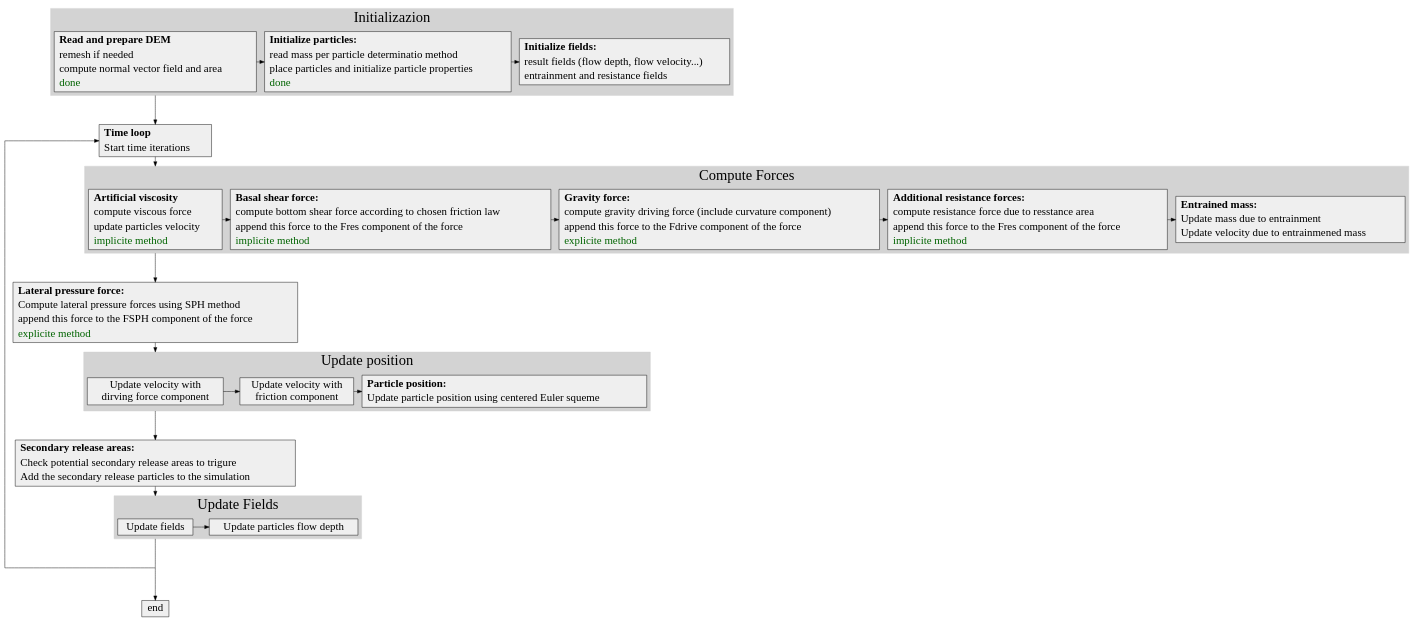
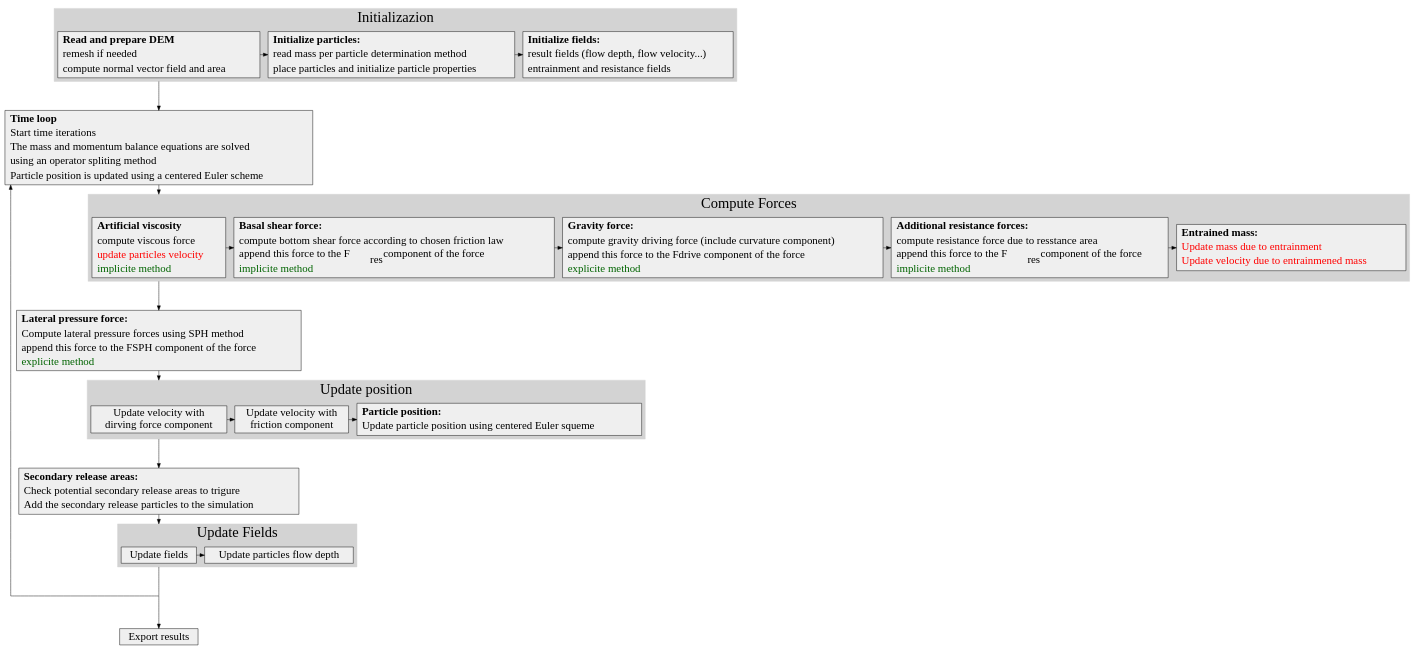
One commit to avaframe/AvaFrame changed the diagram in docs/com1DFAAlgorithmGraph.dot. Above: the diagram before and after it, drawn with Graphviz.

Commit message:
trying links

```diff
--- a/docs/com1DFAAlgorithmGraph.dot
+++ b/docs/com1DFAAlgorithmGraph.dot
@@ -1,160 +1,161 @@
 
 digraph "com1DFA algorithm graph" {
   /* compound=true; */
   newrank=true;
   size="100,100";
   rankdir="TB";
   graph [compound=true, ranksep=1, splines=ortho, fontname="Verdana", fontsize="32"];
   node [shape=box, style=filled, fontsize=24 fontname="Verdana" fillcolor="#efefef"];
   edge [fontname="Sans", fontsize="18"];
 
   prepareMesh [label=<
    <table border="0" cellborder="0" cellspacing="1">
-     <tr><td align="left" href="../_autosummary/com1DFAPy.com1DFA.initializeMesh.html#com1DFAPy.com1DFA.initializeMesh" title="initializeMesh function" target="_blank"><b>Read and prepare DEM</b></td></tr>
-     <tr><td align="left" href="../_autosummary/in3Utils.geoTrans.remeshDEM.html#in3Utils.geoTrans.remeshDEM" title="remesh function" target="_blank">remesh if needed</td></tr>
-     <tr><td align="left" href="../DFAnumerics.html#mesh" title="compute normals and area" target="_blank">compute normal vector field and area</td></tr>
-     <tr><td align="left"><font color="darkgreen">done</font></td></tr>
-   </table>>];
+     <tr><td align="left"><b>Read and prepare DEM</b></td></tr>
+     <tr><td align="left">remesh if needed</td></tr>
+     <tr><td align="left" >compute normal vector field and area</td></tr>
+    </table>>, href="../com1DFAAlgorithm.html#read-and-prepare-dem" tooltip="Go to: Read and prepare DEM" target="_blank"];
 
   initializeParticles [label=<
     <table border="0" cellborder="0" cellspacing="1">
      <tr><td align="left"><b>Initialize particles:</b></td></tr>
-     <tr><td align="left">read mass per particle determinatio method</td></tr>
+     <tr><td align="left">read mass per particle determination method</td></tr>
      <tr><td align="left">place particles and initialize particle properties</td></tr>
-     <tr><td align="left"><font color="darkgreen">done</font></td></tr>
     </table>>];
 
   initializeFields [label=<
     <table border="0" cellborder="0" cellspacing="1">
      <tr><td align="left"><b>Initialize fields:</b></td></tr>
-     <tr><td align="left" href="../DFAnumerics.html" title="This is a link title in SVG!" target="_blank">result fields (flow depth, flow velocity...)</td></tr>
-     <tr><td align="left" href="../DFAnumerics.html#artificial-viscosity" target="_blank">entrainment and resistance fields</td></tr>
-    </table>>];
+     <tr><td align="left">result fields (flow depth, flow velocity...)</td></tr>
+     <tr><td align="left">entrainment and resistance fields</td></tr>
+    </table>>, href="../com1DFAAlgorithm.html#initialize-fields" tooltip="Go to: Initialize fields" target="_blank"];
 
-  timeLoop [label="Start time iterations"];
   timeLoop [label=<
     <table border="0" cellborder="0" cellspacing="1">
      <tr><td align="left"><b>Time loop</b></td></tr>
      <tr><td align="left">Start time iterations</td></tr>
-    </table>>];
+     <tr><td align="left">The mass and momentum balance equations are solved</td></tr>
+     <tr><td align="left">using an operator spliting method</td></tr>
+     <tr><td align="left">Particle position is updated using a centered Euler scheme</td></tr>
+    </table>>, href="../com1DFAAlgorithm.html#time-loop" tooltip="Go to: Time scheme" target="_blank"];
+
   endTimeLoop [width=0 shape=point label=""];
   middleUpdatePos [width=0 shape=point label=""];
   middleUpdateFields [width=0 shape=point label=""];
   artifViscosity [label=<
      <table border="0" cellborder="0" cellspacing="1">
        <tr><td align="left"><b>Artificial viscosity</b></td></tr>
        <tr><td align="left">compute viscous force</td></tr>
-       <tr><td align="left">update particles velocity</td></tr>
+       <tr><td align="left"><font color="red">update particles velocity</font></td></tr>
        <tr><td align="left"><font color="darkgreen">implicite method</font></td></tr>
-     </table>>, href="../DFAnumerics.html#artificial-viscosity"];
+     </table>>, href="../com1DFAAlgorithm.html#artificial-viscosity" tooltip="Go to: Artificial viscosity" target="_blank"];
 
 
   computeGravityForce [label=<
       <table border="0" cellborder="0" cellspacing="1">
        <tr><td align="left"><b>Gravity force:</b></td></tr>
-       <tr><td align="left" href="../theoryCom1DFA.html#equation-sigmab" target="_blank">compute gravity driving force (include curvature component)</td></tr>
+       <tr><td align="left">compute gravity driving force (include curvature component)</td></tr>
        <tr><td align="left" >append this force to the Fdrive component of the force</td></tr>
-       <tr><td align="left" href="../theoryCom1DFA.html#friction-model" target="_blank"><font color="darkgreen">explicite method</font></td></tr>
-     </table>>];
+       <tr><td align="left"><font color="darkgreen">explicite method</font></td></tr>
+     </table>>, href="../com1DFAAlgorithm.html#gravity-force" tooltip="Go to: Gravity force" target="_blank"];
+
   computeFrictForce [label=<
       <table border="0" cellborder="0" cellspacing="1">
        <tr><td align="left"><b>Basal shear force:</b></td></tr>
        <tr><td align="left" href="../theoryCom1DFA.html#friction-model" target="_blank">compute bottom shear force according to chosen friction law</td></tr>
-       <tr><td align="left" >append this force to the Fres component of the force</td></tr>
+       <tr><td align="left" >append this force to the F<SUB>res</SUB> component of the force</td></tr>
        <tr><td align="left" href="../theoryCom1DFA.html#friction-model" target="_blank"><font color="darkgreen">implicite method</font></td></tr>
      </table>>];
   computeResForce [label="Compute resistance forces"];
   computeResForce [label=<
       <table border="0" cellborder="0" cellspacing="1">
        <tr><td align="left"><b>Additional resistance forces:</b></td></tr>
        <tr><td align="left" href="../theoryCom1DFA.html#resistance" target="_blank">compute resistance force due to resstance area</td></tr>
-       <tr><td align="left" >append this force to the Fres component of the force</td></tr>
+       <tr><td align="left" >append this force to the F<SUB>res</SUB> component of the force</td></tr>
        <tr><td align="left" href="../theoryCom1DFA.html#resistance" target="_blank"><font color="darkgreen">implicite method</font></td></tr>
      </table>>];
   updateMassEntr [label=<
       <table border="0" cellborder="0" cellspacing="1">
        <tr><td align="left"><b>Entrained mass:</b></td></tr>
-       <tr><td align="left" href="../theoryCom1DFA.html#resistance" target="_blank">Update mass due to entrainment</td></tr>
-       <tr><td align="left" >Update velocity due to entrainmened mass</td></tr>
+       <tr><td align="left" href="../theoryCom1DFA.html#entrainment" target="_blank"><font color="red">Update mass due to entrainment</font></td></tr>
+       <tr><td align="left" ><font color="red">Update velocity due to entrainmened mass</font></td></tr>
     </table>>];
   computeSPHForce [label="Compute lateral pressure forces"];
   computeSPHForce [label=<
       <table border="0" cellborder="0" cellspacing="1">
        <tr><td align="left"><b>Lateral pressure force:</b></td></tr>
-       <tr><td align="left" href="../theoryCom1DFA.html#resistance" target="_blank">Compute lateral pressure forces using SPH method</td></tr>
+       <tr><td align="left" href="../DFAnumerics.html#sph-gradient" target="_blank">Compute lateral pressure forces using SPH method</td></tr>
        <tr><td align="left" >append this force to the FSPH component of the force</td></tr>
-       <tr><td align="left" href="../theoryCom1DFA.html#resistance" target="_blank"><font color="darkgreen">explicite method</font></td></tr>
+       <tr><td align="left"><font color="darkgreen">explicite method</font></td></tr>
      </table>>];
   updateVelocityDrive [label="Update velocity with \n dirving force component"];
   updateVelocityFrict [label="Update velocity with \n friction component"];
   updatePartPos [label=<
       <table border="0" cellborder="0" cellspacing="1">
        <tr><td align="left"><b>Particle position:</b></td></tr>
-       <tr><td align="left" href="../theoryCom1DFA.html#resistance" target="_blank">Update particle position using centered Euler squeme</td></tr>
+       <tr><td align="left">Update particle position using centered Euler squeme</td></tr>
      </table>>];
   addSecRelease [label=<
       <table border="0" cellborder="0" cellspacing="1">
        <tr><td align="left"><b>Secondary release areas:</b></td></tr>
        <tr><td align="left" >Check potential secondary release areas to trigure</td></tr>
        <tr><td align="left" >Add the secondary release particles to the simulation</td></tr>
      </table>>];
   updateFields [label="Update fields"];
   updateParticlesFlowDepth [label="Update particles flow depth"];
+  exportResults [label="Export results"];
 
 
   /* start -> prepareMesh [lhead=cluster_initialization]; */
   prepareMesh -> timeLoop [weight=10,ltail=cluster_initialization];
   timeLoop -> artifViscosity [weight=10,lhead=cluster_Forces];
   artifViscosity -> computeSPHForce [weight=10, ltail=cluster_Forces];
   computeSPHForce -> updateVelocityDrive [weight=10,lhead=cluster_2];
   updateVelocityDrive -> addSecRelease [weight=10,ltail=cluster_2];
   addSecRelease -> updateFields [weight=10,lhead=cluster_3];
   updateFields -> endTimeLoop [weight=10,ltail=cluster_3, arrowhead=none];
-  endTimeLoop -> end [weight=10];
+  endTimeLoop -> exportResults [weight=10];
   endTimeLoop -> timeLoop [weight=1, constraint=false];
   /* computeFrictForce -> updateVelocityFrict[constraint=false];
   computeResForce -> updateVelocityFrict [constraint=false];
   computeSPHForce -> updateVelocityDrive [constraint=false];#, xlabel="add lateral pressure force \n component to the driving force"];
   computeGravityForce -> updateVelocityDrive [constraint=false]#, xlabel="add gravity force \n component to the driving force"]; */
 
 
   subgraph cluster_initialization {
     rank=same;
     style=filled;
     color=lightgrey;
     prepareMesh -> initializeParticles;
     initializeParticles -> initializeFields;
     label = "Initializazion";
   }
 
   subgraph cluster_Forces {
     rank=same;
     style=filled;
     color=lightgrey;
     artifViscosity -> computeFrictForce;
     computeFrictForce -> computeGravityForce;
     computeGravityForce -> computeResForce;
     computeResForce -> updateMassEntr;
     label = "Compute Forces";
   }
 
   subgraph cluster_2 {
     rank=same;
-    updateVelocityDrive -> middleUpdatePos [weight=10, arrowhead=none];
-    middleUpdatePos -> updateVelocityFrict [weight=10];
+    updateVelocityDrive -> updateVelocityFrict [weight=10];
     updateVelocityFrict -> updatePartPos [weight=10];
 
     label = "Update position";
     style=filled;
     color=lightgrey;
   }
   subgraph cluster_3 {
     rank=same;
-    updateFields -> middleUpdateFields [weight=10, arrowhead=none];
-    middleUpdateFields -> updateParticlesFlowDepth [weight=10];
+    updateFields -> updateParticlesFlowDepth [weight=10];
     label = "Update Fields";
     style=filled;
     color=lightgrey;
   }
 
    }
```
